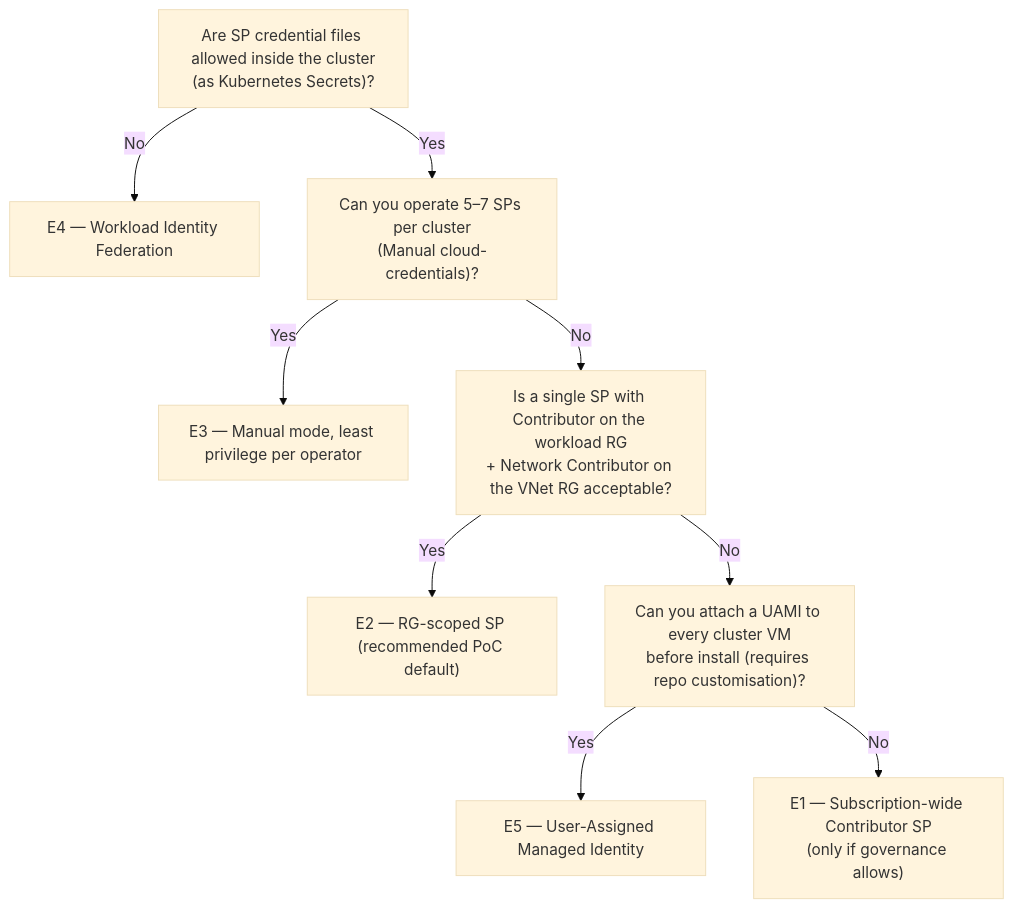
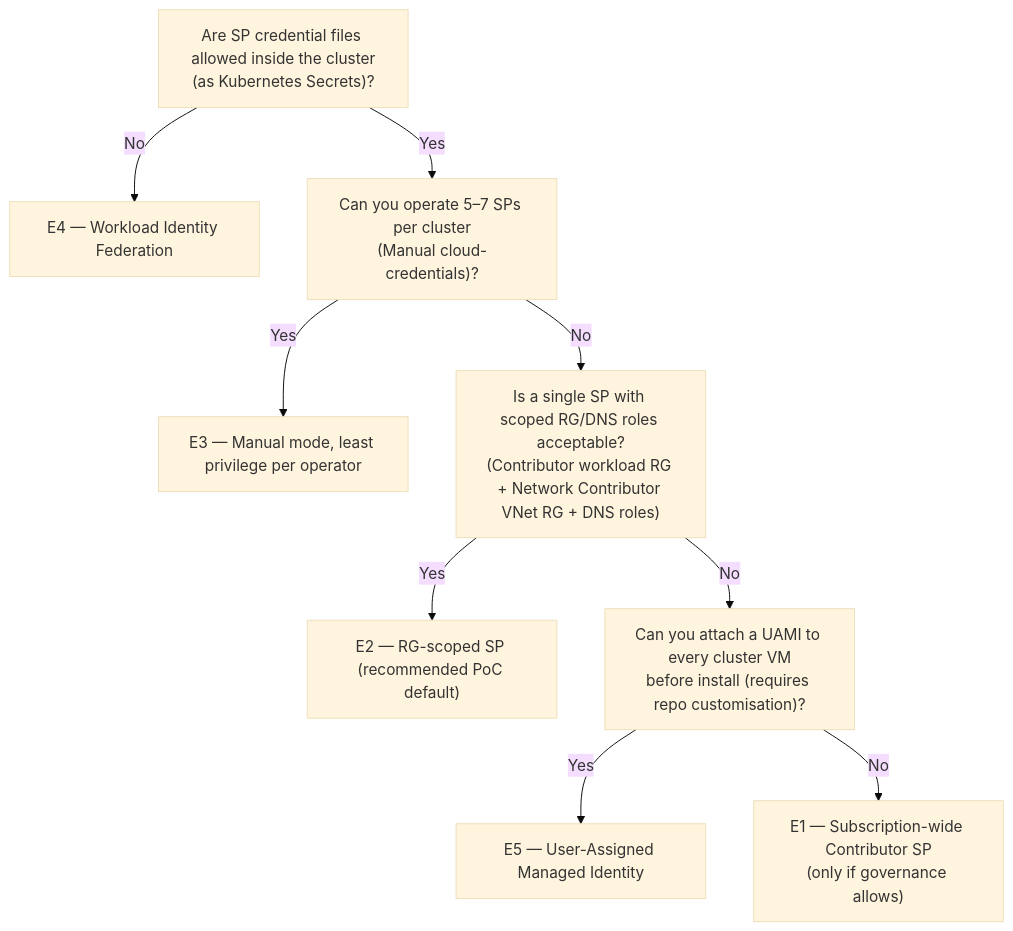
One commit to raskip/ocp-multus changed the diagram in docs/azure-identity-options.md. Above: the diagram before and after it, drawn with Mermaid (base theme). The commit also changed other lines of this file and 7 other files, not shown here.

First line of the commit message:
docs: document architecture and cluster access

````diff
--- a/docs/azure-identity-options.md
+++ b/docs/azure-identity-options.md
@@ -32,12 +39,12 @@
 ```mermaid
 flowchart TD
   A["Are SP credential files allowed inside the cluster<br/>(as Kubernetes Secrets)?"]
   A -- "No" --> E4["E4 — Workload Identity Federation"]
   A -- "Yes" --> B["Can you operate 5–7 SPs per cluster<br/>(Manual cloud-credentials)?"]
   B -- "Yes" --> E3["E3 — Manual mode, least privilege per operator"]
-  B -- "No" --> C["Is a single SP with Contributor on the workload RG<br/>+ Network Contributor on the VNet RG acceptable?"]
+  B -- "No" --> C["Is a single SP with scoped RG/DNS roles acceptable?<br/>(Contributor workload RG + Network Contributor VNet RG + DNS roles)"]
   C -- "Yes" --> E2["E2 — RG-scoped SP (recommended PoC default)"]
   C -- "No" --> D["Can you attach a UAMI to every cluster VM<br/>before install (requires repo customisation)?"]
   D -- "Yes" --> E5["E5 — User-Assigned Managed Identity"]
   D -- "No" --> E1["E1 — Subscription-wide Contributor SP<br/>(only if governance allows)"]
 ```
````
